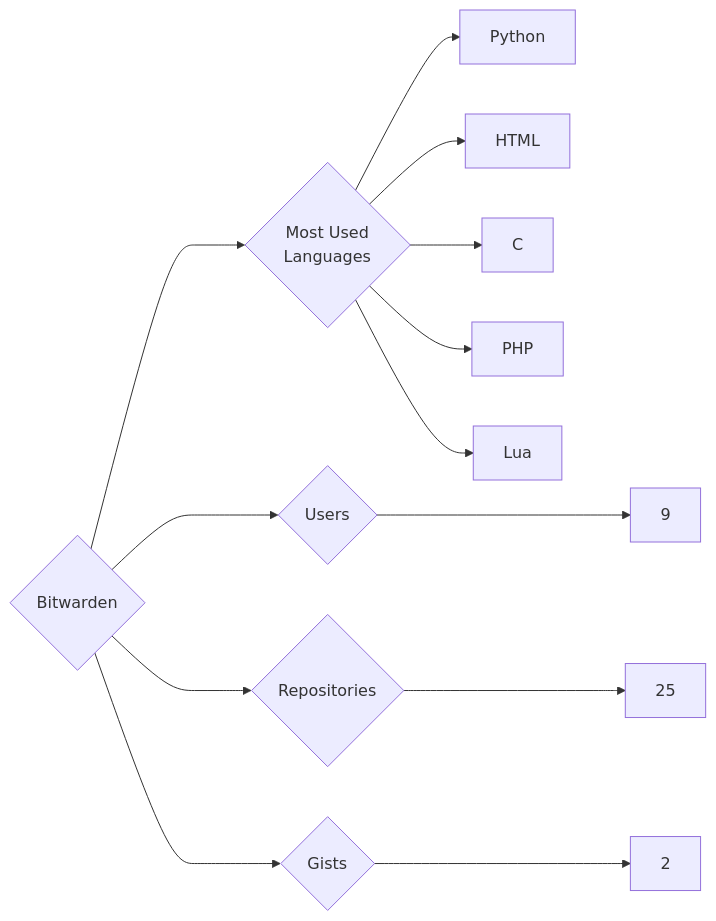
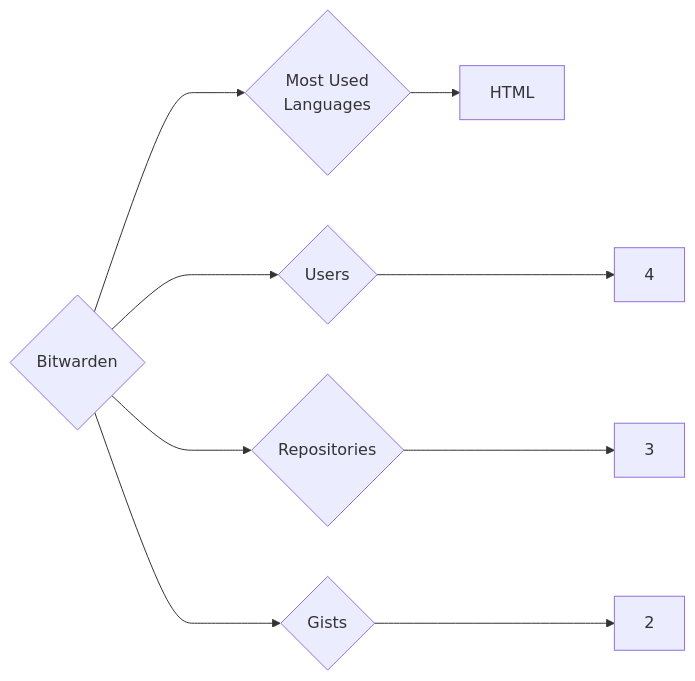
Before and after one commit to trickest/insiders: the diagram in targets/Bitwarden/README.md, drawn with Mermaid. The commit also changed 783 other files, not shown here.

````diff
--- a/targets/Bitwarden/README.md
+++ b/targets/Bitwarden/README.md
@@ -3,13 +3,9 @@
 ```mermaid
 graph LR
 COMPANY_NAME{Bitwarden}
-COMPANY_NAME ---> U{Users} ---> UN[9]
-COMPANY_NAME ---> R{Repositories} ---> RN[25]
+COMPANY_NAME ---> U{Users} ---> UN[4]
+COMPANY_NAME ---> R{Repositories} ---> RN[3]
 COMPANY_NAME ---> G{Gists} ---> GN[2]
 COMPANY_NAME ---> ML{Most Used<br>Languages}
-ML --> Python[Python]
 ML --> HTML[HTML]
-ML --> C[C]
-ML --> PHP[PHP]
-ML --> Lua[Lua]
 ```
````
